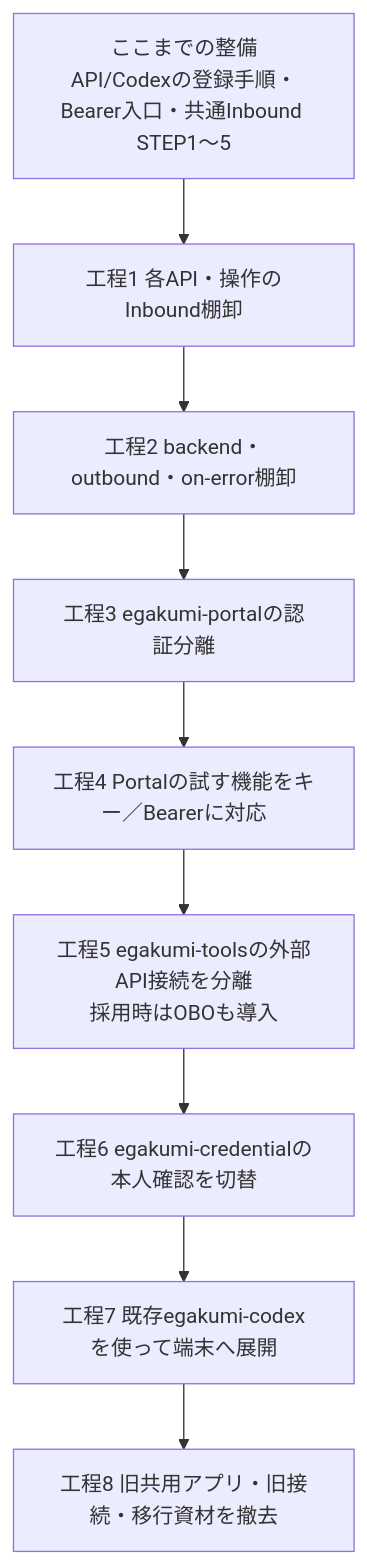
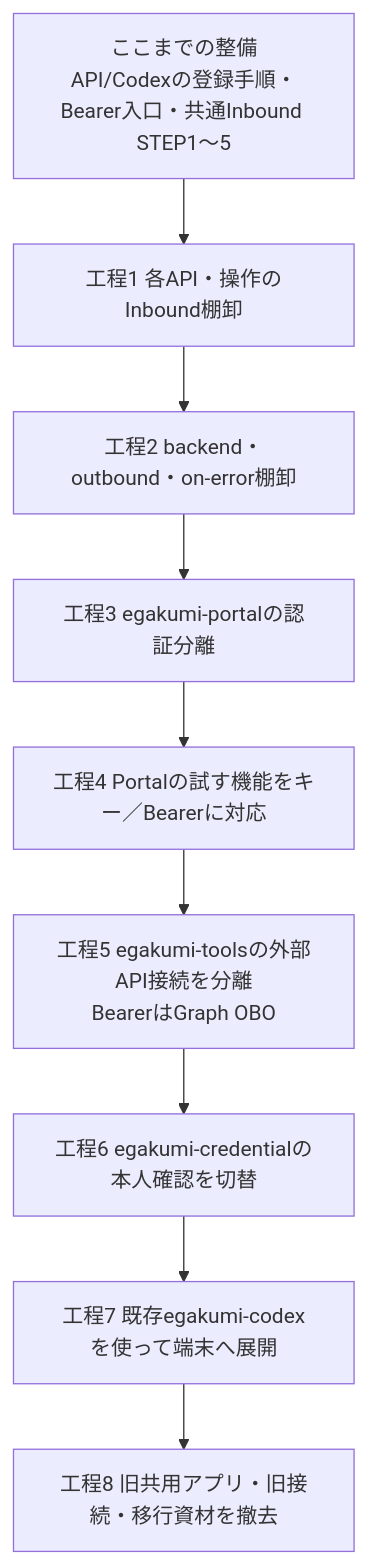
The first of 2 diagrams in docs/reference/entra-app-rollout-plan.md (hrkd83/egakumi), drawn with Mermaid before and after one commit. The commit also changed other lines of this file and 146 other files, not shown here.

````diff
--- a/docs/reference/entra-app-rollout-plan.md
+++ b/docs/reference/entra-app-rollout-plan.md
@@ -47,12 +44,12 @@
 ```mermaid
 flowchart TD
   A["ここまでの整備<br/>API/Codexの登録手順・Bearer入口・共通Inbound STEP1～5"]
   A --> B["工程1 各API・操作のInbound棚卸"]
   B --> C["工程2 backend・outbound・on-error棚卸"]
   C --> D["工程3 egakumi-portalの認証分離"]
   D --> E["工程4 Portalの試す機能をキー／Bearerに対応"]
-  E --> F["工程5 egakumi-toolsの外部API接続を分離<br/>採用時はOBOも導入"]
+  E --> F["工程5 egakumi-toolsの外部API接続を分離<br/>BearerはGraph OBO"]
   F --> G["工程6 egakumi-credentialの本人確認を切替"]
   G --> H["工程7 既存egakumi-codexを使って端末へ展開"]
   H --> I["工程8 旧共用アプリ・旧接続・移行資材を撤去"]
 ```
````
